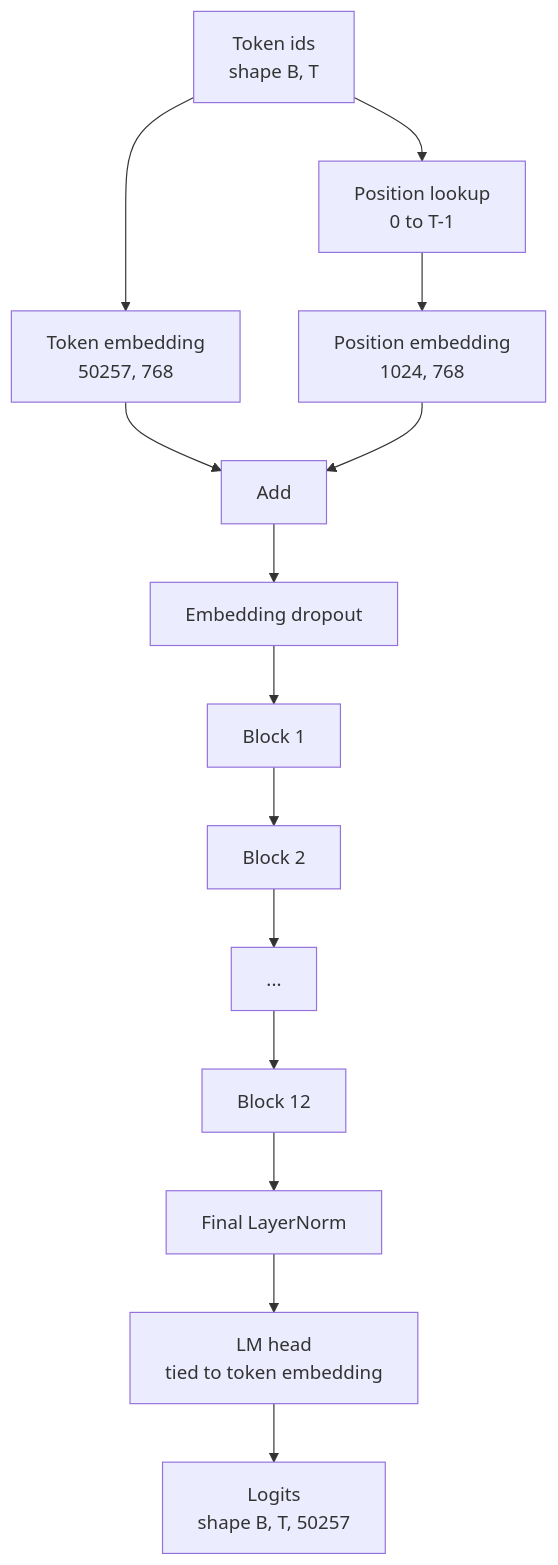
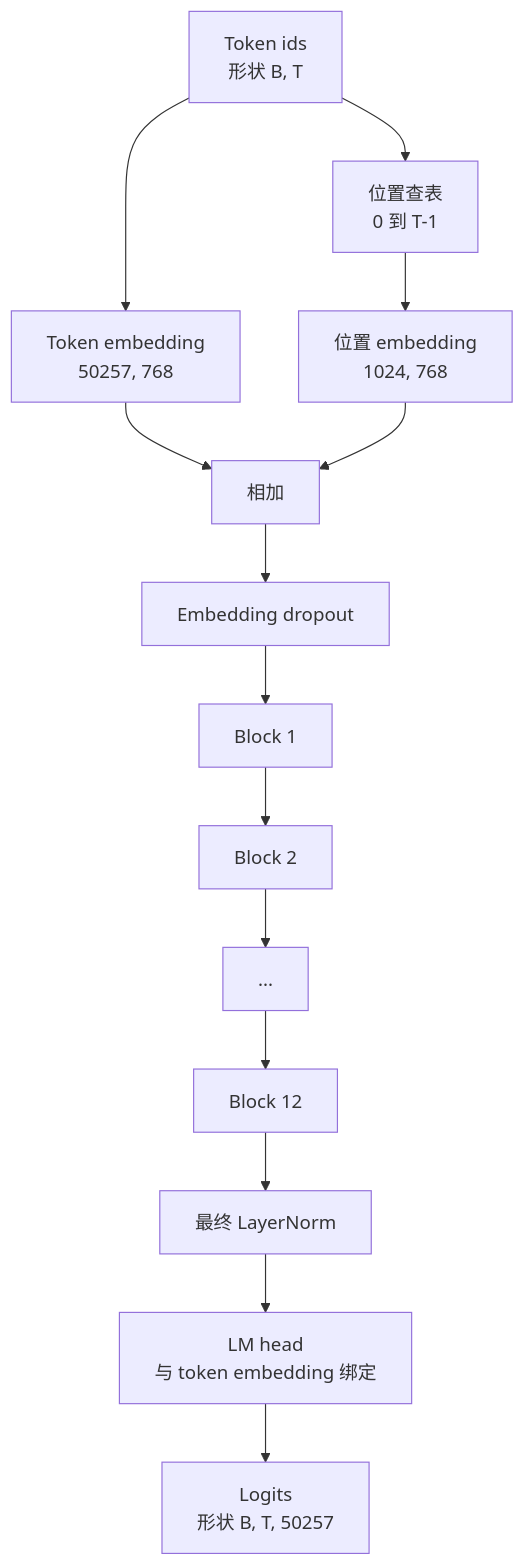
The first of 2 diagrams in phases/19-capstone-projects/35-gpt-model-assembly/docs/zh.md (JerryC8080/ai-engineering-from-scratch-zh), drawn with Mermaid before and after one commit. The commit also changed other lines of this file and 156 other files, not shown here.

First line of the commit message:
i18n(zh): translate mermaid diagram labels in 157 lesson zh.md

````diff
--- a/phases/19-capstone-projects/35-gpt-model-assembly/docs/zh.md
+++ b/phases/19-capstone-projects/35-gpt-model-assembly/docs/zh.md
@@ -28,16 +28,16 @@
 ```mermaid
 flowchart TB
-  T[Token ids<br/>shape B, T] --> E[Token embedding<br/>50257, 768]
-  T --> P[Position lookup<br/>0 to T-1]
-  P --> PE[Position embedding<br/>1024, 768]
-  E --> A[Add]
+  T[Token ids<br/>形状 B, T] --> E[Token embedding<br/>50257, 768]
+  T --> P[位置查表<br/>0 到 T-1]
+  P --> PE[位置 embedding<br/>1024, 768]
+  E --> A[相加]
   PE --> A
   A --> D[Embedding dropout]
   D --> B1[Block 1]
   B1 --> B2[Block 2]
   B2 --> Bk[...]
   Bk --> B12[Block 12]
-  B12 --> L[Final LayerNorm]
-  L --> H[LM head<br/>tied to token embedding]
-  H --> O[Logits<br/>shape B, T, 50257]
+  B12 --> L[最终 LayerNorm]
+  L --> H[LM head<br/>与 token embedding 绑定]
+  H --> O[Logits<br/>形状 B, T, 50257]
 ```
````
